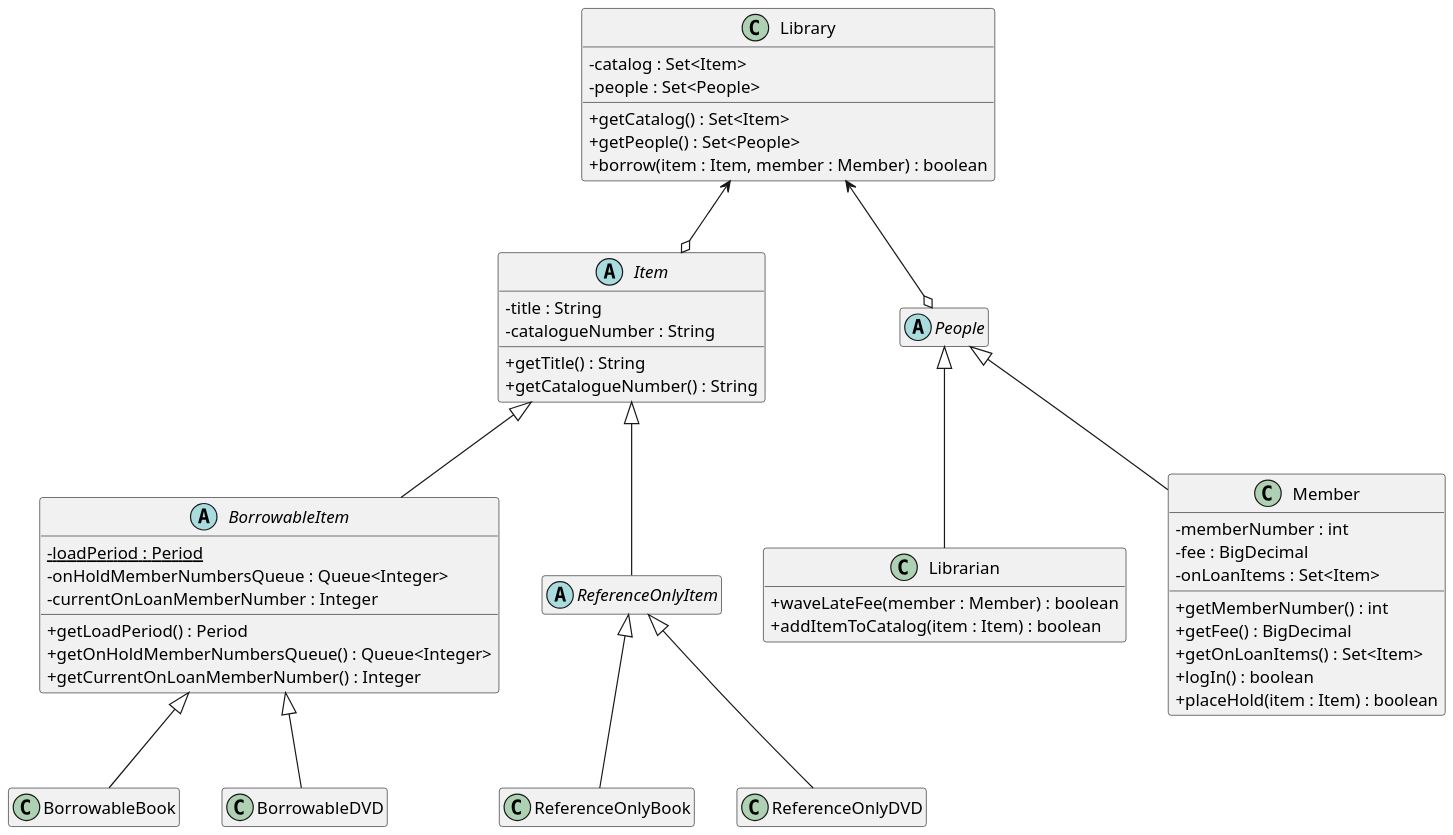
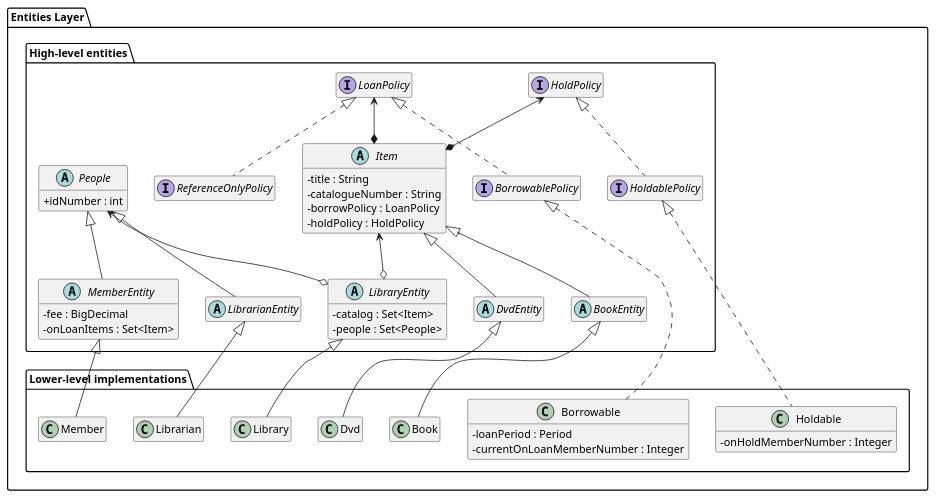
The first of 2 diagrams in plantuml/exercises/library-uml-starter.puml (anjiezhou/207-course-notes), drawn with PlantUML before and after one commit. The commit also changed other lines of this file, not shown here.

Commit message:
update chapter 8 question 1 & 2 PlantUML

```diff
--- a/plantuml/exercises/library-uml-starter.puml
+++ b/plantuml/exercises/library-uml-starter.puml
@@ -1,114 +1,141 @@
-@startuml
-skinparam dpi 150
+@startuml Entities
+skinparam dpi 96
 skinparam classAttributeIconSize 0
 hide empty members
+hide methods
 
 ' Your task (Chapter 8, Question 1): draw the UML class diagram for the library
 ' specification — items, books, DVDs, reference-only items, members, librarians,
 ' and holds.
 '
 ' Define each type as a box, then connect them with the right arrows. One box
 ' (Item) is filled in as an example — decide on the rest yourself. There is more
 ' than one defensible answer.
 '
 ' PlantUML cheat-sheet:
 '   interface Name { + method() : Type }
 '   abstract class Name { # field : Type }
 '   class Name { - field : Type }
 '   Parent    <|-- Child    ' generalization: Child extends Parent
 '   Interface <|.. Class    ' realization:    Class implements Interface
 ' (Putting the parent/interface on the LEFT of the arrow keeps it on top, which
 '  is the convention used in these notes.)
 
-abstract class Item {
-  - title : String
-  - catalogueNumber : String
-  + getTitle() : String
-  + getCatalogueNumber() : String
+package "Entities Layer" {
+
+  package "High-level entities" {
+
+    abstract class Item {
+      - title : String
+      - catalogueNumber : String
+      - borrowPolicy : LoanPolicy
+      - holdPolicy : HoldPolicy
+      + getTitle() : String
+      + getCatalogueNumber() : String
+      + getBorrowPolicy() : LoanPolicy
+      + getHoldPolicy() : HoldPolicy
+    }
+
+    interface LoanPolicy {
+      + isBorrowable() : boolean
+    }
+
+    interface BorrowablePolicy {
+      + isOnLoan() : boolean
+      + getLoanPeriod() : Period
+      + getCurrentOnLoanMemberNumber() : Integer
+      + setCurrentOnLoanMemberNumber(memberEntity : MemberEntity) : boolean
+    }
+
+    interface HoldPolicy {
+      + isHoldable() : boolean
+    }
+
+    interface HoldablePolicy {
+      + getOnHoldMemberNumber() : Integer
+      + setOnHoldMemberNumber(memberEntity : MemberEntity) : boolean
+    }
+
+    interface ReferenceOnlyPolicy {
+    }
+
+    abstract class BookEntity {
+    }
+
+    abstract class DvdEntity {
+    }
+
+    abstract class People {
+      + idNumber : int
+      + getIdNumber() : int
+    }
+
+    abstract class LibrarianEntity {
+    }
+
+    abstract class MemberEntity {
+      - fee : BigDecimal
+      - onLoanItems : Set<Item>
+      + getFee() : BigDecimal
+      + getOnLoanItems() : Set<Item>
+      + addLoanItem(item : Item) : boolean
+      + setFee(newFee : BigDecimal) : boolean
+    }
+
+    abstract class LibraryEntity {
+      - catalog : Set<Item>
+      - people : Set<People>
+      + getCatalog() : Set<Item>
+      + getPeople() : Set<People>
+    }
+
+  }
+
+  package "Lower-level implementations" {
+
+    class Borrowable {
+      - loanPeriod : Period
+      - currentOnLoanMemberNumber : Integer
+    }
+
+    class Holdable {
+      - onHoldMemberNumber : Integer
+    }
+
+    class Librarian {
+    }
+
+    class Member {
+    }
+
+    class Library {
+    }
+
+    class Book {
+    }
+
+    class Dvd {
+    }
+  }
+
+  Item <--o LibraryEntity
+  People <--o LibraryEntity
+  LibraryEntity <|-- Library
+  Item <|-- BookEntity
+  Item <|-- DvdEntity
+  BookEntity <|-- Book
+  DvdEntity <|-- Dvd
+  LoanPolicy <--* Item
+  LoanPolicy <|.. BorrowablePolicy
+  LoanPolicy <|.. ReferenceOnlyPolicy
+  BorrowablePolicy <|.. Borrowable
+  HoldPolicy <--* Item
+  HoldPolicy <|.. HoldablePolicy
+  HoldablePolicy <|.. Holdable
+  People <|-- MemberEntity
+  People <|-- LibrarianEntity
+  LibrarianEntity <|-- Librarian
+  MemberEntity <|-- Member
 }
 
-abstract class BorrowableItem {
-  - {static} loadPeriod : Period
-  - onHoldMemberNumbersQueue : Queue<Integer>
-  - currentOnLoanMemberNumber : Integer
-  + getLoadPeriod() : Period
-  + getOnHoldMemberNumbersQueue() : Queue<Integer>
-  + getCurrentOnLoanMemberNumber() : Integer
-}
-
-class BorrowableBook {
-}
-
-class BorrowableDVD {
-}
-
-abstract class ReferenceOnlyItem {
-}
-
-class ReferenceOnlyBook {
-}
-
-class ReferenceOnlyDVD {
-}
-
-abstract class People {
-}
-
-class Librarian {
-  + waveLateFee(member : Member) : boolean
-  + addItemToCatalog(item : Item) : boolean
-}
-
-class Member {
-  - memberNumber : int
-  - fee : BigDecimal
-  - onLoanItems : Set<Item>
-  + getMemberNumber() : int
-  + getFee() : BigDecimal
-  + getOnLoanItems() : Set<Item>
-  + logIn() : boolean
-  + placeHold(item : Item) : boolean
-}
-
-class Library {
-  - catalog : Set<Item>
-  - people : Set<People>
-  + getCatalog() : Set<Item>
-  + getPeople() : Set<People>
-  + borrow(item : Item, member : Member) : boolean
-}
-
-' PlantUML cheat-sheet:
-'   interface Name { + method() : Type }
-'   abstract class Name { # field : Type }
-'   class Name { - field : Type }
-'   Parent    <|-- Child    ' generalization: Child extends Parent
-'   Interface <|.. Class    ' realization:    Class implements Interface
-
-Library <--o Item
-Library <--o People
-Item <|-- BorrowableItem
-Item <|-- ReferenceOnlyItem
-BorrowableItem <|-- BorrowableBook
-BorrowableItem <|-- BorrowableDVD
-ReferenceOnlyItem <|-- ReferenceOnlyBook
-ReferenceOnlyItem <|-- ReferenceOnlyDVD
-People <|-- Member
-People <|-- Librarian
-
-' TODO: add boxes for Book and DVD. What differs between them — a whole class,
-'       or just the value of a loan-period field?
-
-' TODO: reference-only items cannot be borrowed at all. Decide how to say that
-'       in the diagram: a subclass, or an interface (e.g. "Borrowable") that
-'       only some items realize?
-
-' TODO: add Member and Librarian. What do they have in common? Add the common
-'       supertype if you think one is warranted.
-
-' TODO: add whatever represents a hold, and connect it to the classes that need
-'       to know about it.
-
-' TODO: add the arrows between all of your types.
-
 @enduml
```
